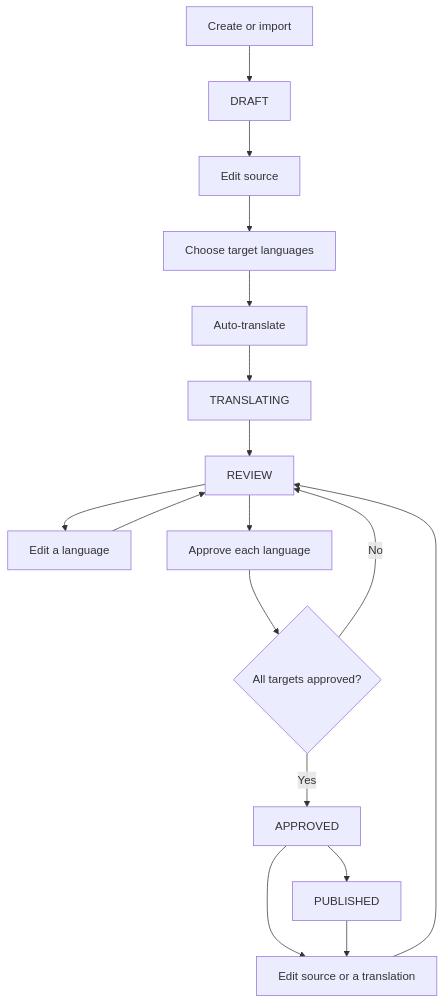
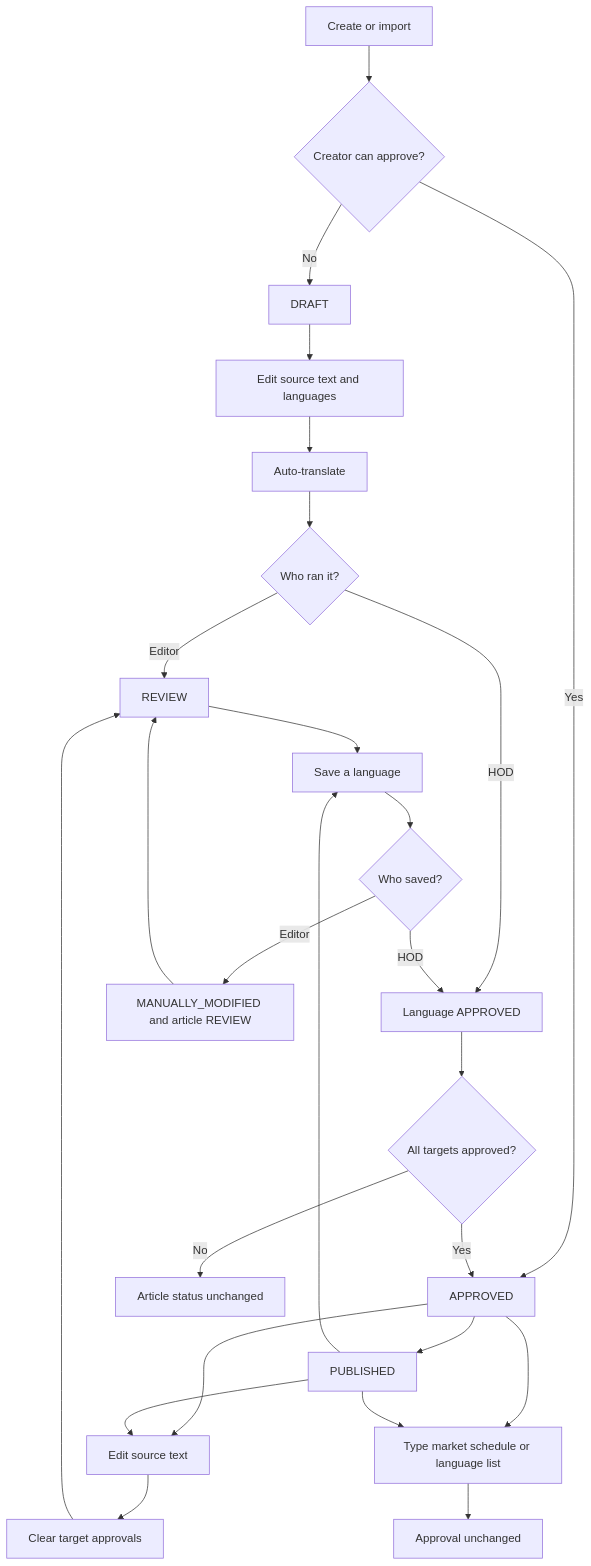
The fifth of 10 diagrams in docs/lark-diagrams.md (alanwongsh/mrdiy-lingo), drawn with Mermaid before and after one commit. The commit also changed other lines of this file and 4 other files, not shown here.

Commit message:
fix change article setting clears approval

````diff
--- a/docs/lark-diagrams.md
+++ b/docs/lark-diagrams.md
@@ -88,19 +89,28 @@
 ```mermaid
 flowchart TD
-  Create[Create or import] --> Draft[DRAFT]
-  Draft --> Edit[Edit source]
-  Edit --> Targets[Choose target languages]
-  Targets --> Auto[Auto-translate]
-  Auto --> Translating[TRANSLATING]
-  Translating --> Review[REVIEW]
-  Review --> Manual[Edit a language]
+  Create[Create or import] --> Start{Creator can approve?}
+  Start -->|No| Draft[DRAFT]
+  Start -->|Yes| Approved[APPROVED]
+  Draft --> Work[Edit source text and languages]
+  Work --> Auto[Auto-translate]
+  Auto --> AutoWho{Who ran it?}
+  AutoWho -->|Editor| Review[REVIEW]
+  AutoWho -->|HOD| LangOk[Language APPROVED]
+  Review --> SaveLang[Save a language]
+  SaveLang --> Actor{Who saved?}
+  Actor -->|Editor| Manual[MANUALLY_MODIFIED and article REVIEW]
+  Actor -->|HOD| LangOk
   Manual --> Review
-  Review --> ApproveLang[Approve each language]
-  ApproveLang --> All{All targets approved?}
-  All -->|No| Review
-  All -->|Yes| Approved[APPROVED]
+  LangOk --> All{All targets approved?}
+  All -->|No| Stay[Article status unchanged]
+  All -->|Yes| Approved
   Approved --> Publish[PUBLISHED]
-  Approved --> Change[Edit source or a translation]
-  Publish --> Change
-  Change --> Review
+  Publish --> SaveLang
+  Approved --> SourceEdit[Edit source text]
+  Publish --> SourceEdit
+  SourceEdit --> Cleared[Clear target approvals]
+  Cleared --> Review
+  Approved --> Settings[Type market schedule or language list]
+  Publish --> Settings
+  Settings --> Keep[Approval unchanged]
 ```
````
